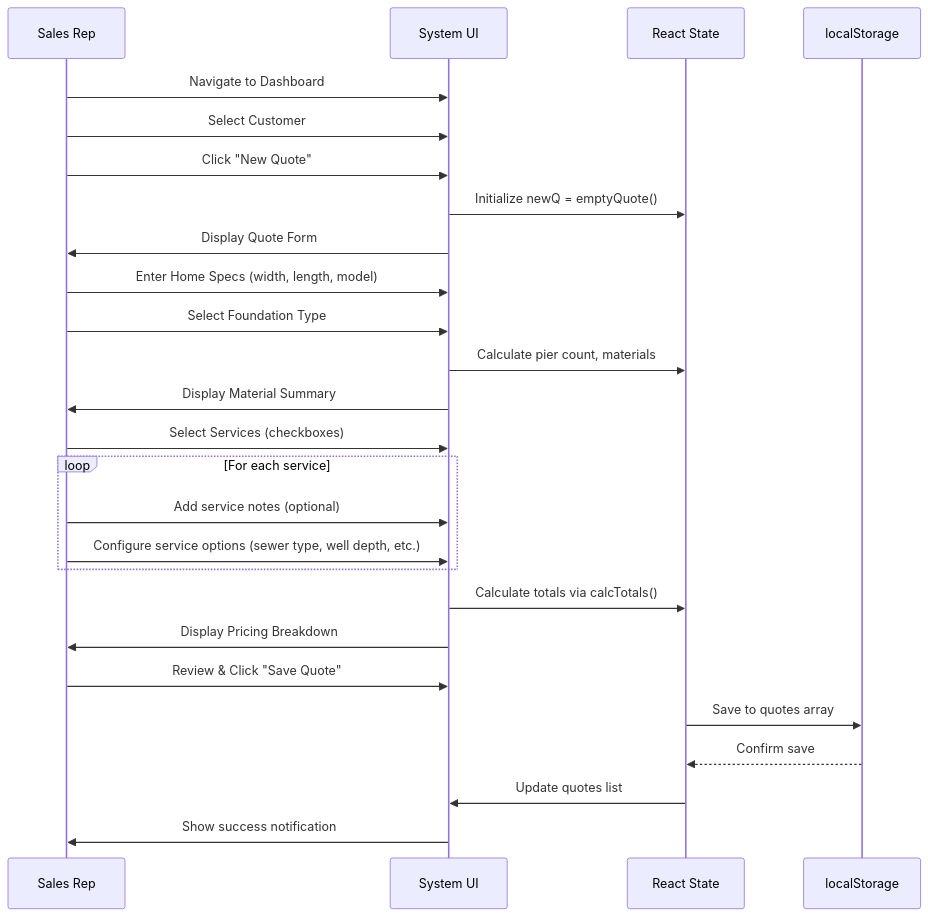
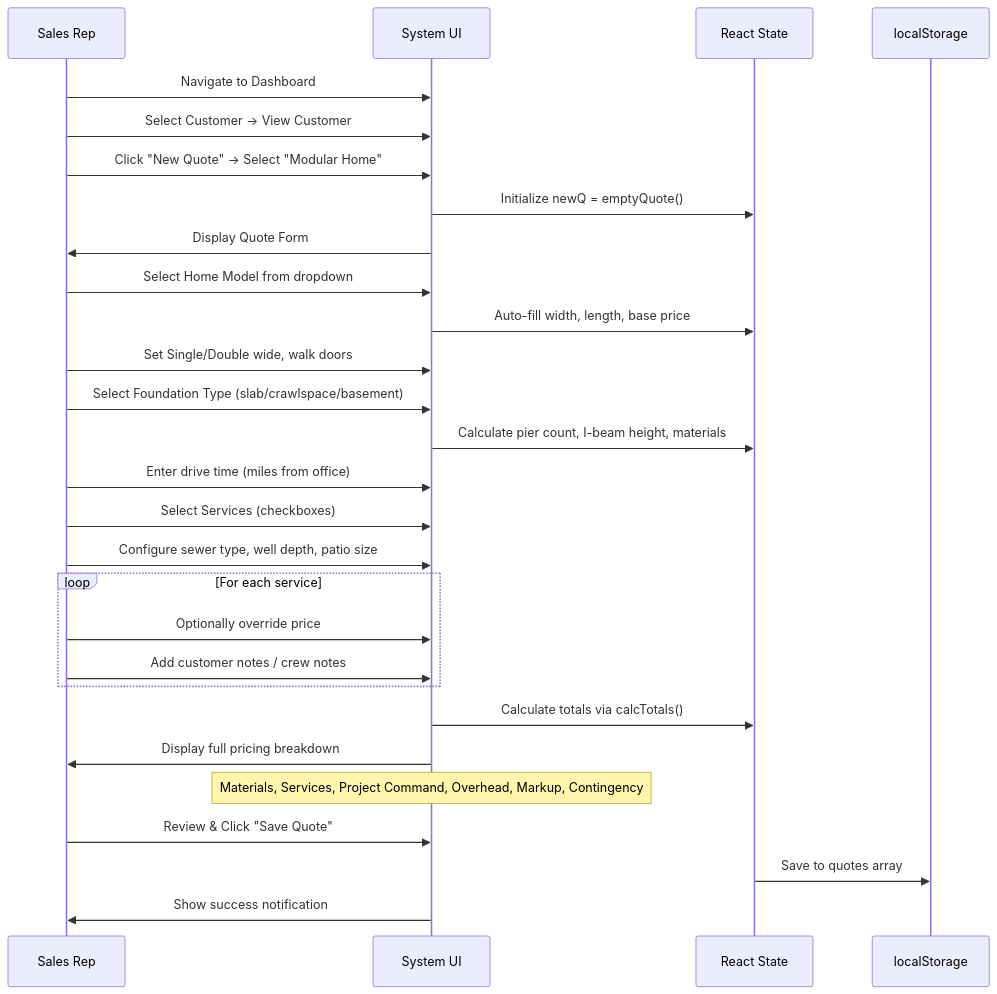
One commit to Isackelling/Modular-Bidding changed the second of 4 diagrams in spec.md. Above: the diagram before and after it, drawn with Mermaid. The commit also changed other lines of this file and 8 other files, not shown here.

````diff
--- a/spec.md
+++ b/spec.md
@@ -563,33 +823,35 @@
 ```mermaid
 sequenceDiagram
     participant S as Sales Rep
     participant UI as System UI
     participant State as React State
     participant LS as localStorage
 
     S->>UI: Navigate to Dashboard
-    S->>UI: Select Customer
-    S->>UI: Click "New Quote"
+    S->>UI: Select Customer → View Customer
+    S->>UI: Click "New Quote" → Select "Modular Home"
     UI->>State: Initialize newQ = emptyQuote()
     UI->>S: Display Quote Form
 
-    S->>UI: Enter Home Specs (width, length, model)
-    S->>UI: Select Foundation Type
-    UI->>State: Calculate pier count, materials
-    UI->>S: Display Material Summary
+    S->>UI: Select Home Model from dropdown
+    UI->>State: Auto-fill width, length, base price
+    S->>UI: Set Single/Double wide, walk doors
+    S->>UI: Select Foundation Type (slab/crawlspace/basement)
+    UI->>State: Calculate pier count, I-beam height, materials
 
+    S->>UI: Enter drive time (miles from office)
     S->>UI: Select Services (checkboxes)
+    S->>UI: Configure sewer type, well depth, patio size
     loop For each service
-        S->>UI: Add service notes (optional)
-        S->>UI: Configure service options (sewer type, well depth, etc.)
+        S->>UI: Optionally override price
+        S->>UI: Add customer notes / crew notes
     end
 
     UI->>State: Calculate totals via calcTotals()
-    UI->>S: Display Pricing Breakdown
+    UI->>S: Display full pricing breakdown
+    Note over UI: Materials, Services, Project Command, Overhead, Markup, Contingency
 
     S->>UI: Review & Click "Save Quote"
     State->>LS: Save to quotes array
-    LS-->>State: Confirm save
-    State->>UI: Update quotes list
     UI->>S: Show success notification
 ```
````
